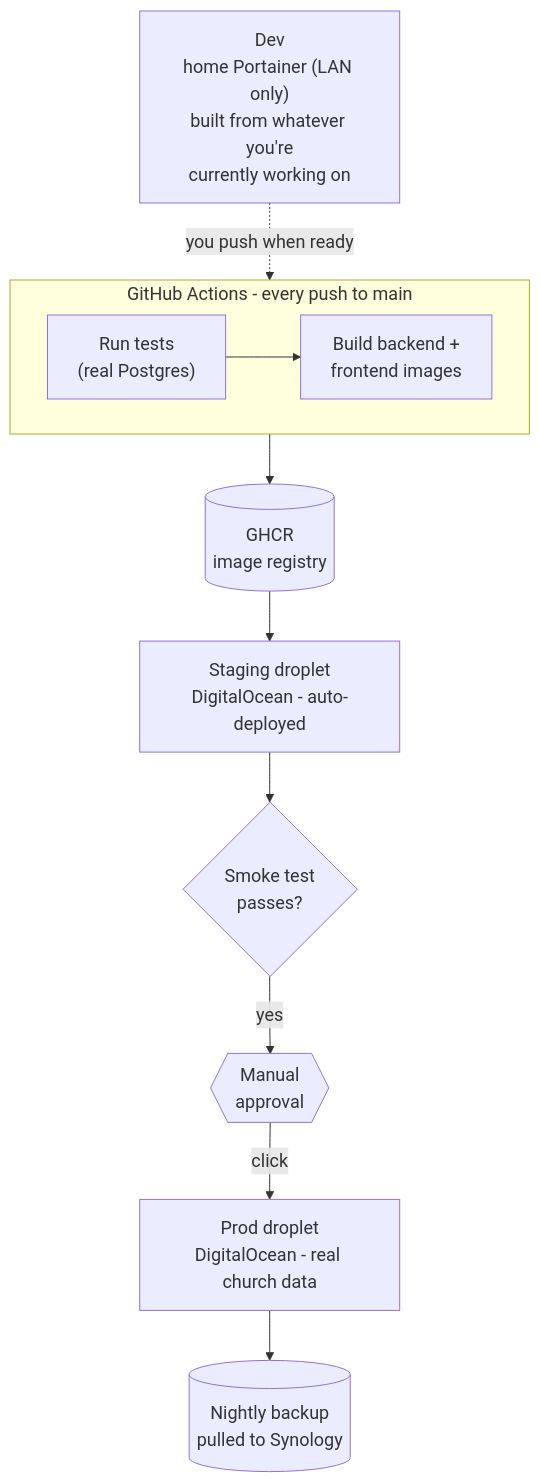
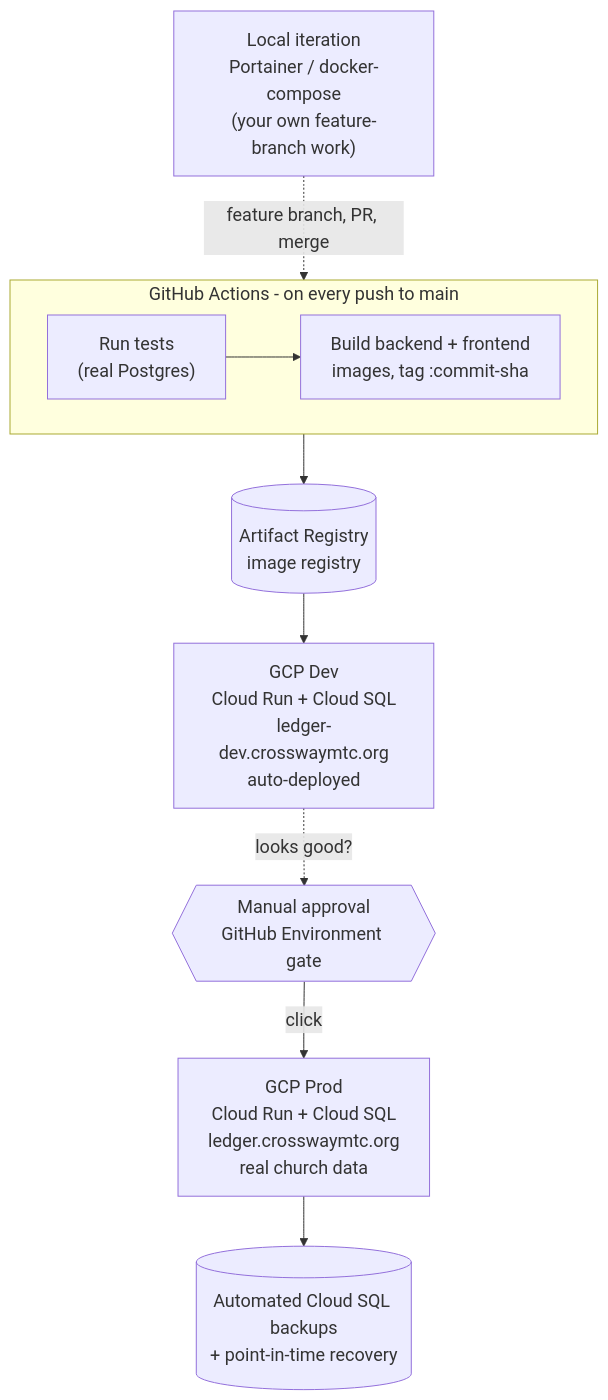
Before and after one commit to treasurer-cwmtc/cross-way-ledger: the seventh of 7 diagrams in docs/ARCHITECTURE.md, drawn with Mermaid. The commit also changed other lines of this file and 13 other files, not shown here.

First line of the commit message:
Overhaul documentation: user runbooks, GCP deployment guide, current architecture

````diff
--- a/docs/ARCHITECTURE.md
+++ b/docs/ARCHITECTURE.md
@@ -264,25 +335,23 @@
 ```mermaid
 %%{init: {"themeVariables": {"fontSize": "18px"}}}%%
 flowchart TB
-    Dev["Dev\nhome Portainer (LAN only)\nbuilt from whatever you're\ncurrently working on"]
+    Local["Local iteration\nPortainer / docker-compose\n(your own feature-branch work)"]
 
-    subgraph CI["GitHub Actions - every push to main"]
+    subgraph CI["GitHub Actions - on every push to main"]
         direction LR
-        Test["Run tests\n(real Postgres)"] --> Build["Build backend +\nfrontend images"]
+        Test["Run tests\n(real Postgres)"] --> Build["Build backend + frontend\nimages, tag :commit-sha"]
     end
 
-    GHCR[("GHCR\nimage registry")]
-    Staging["Staging droplet\nDigitalOcean - auto-deployed"]
-    Smoke{"Smoke test\npasses?"}
-    Approve{{"Manual\napproval"}}
-    Prod["Prod droplet\nDigitalOcean - real church data"]
-    Backup[("Nightly backup\npulled to Synology")]
+    AR[("Artifact Registry\nimage registry")]
+    DevEnv["GCP Dev\nCloud Run + Cloud SQL\nledger-dev.crosswaymtc.org\nauto-deployed"]
+    Approve{{"Manual approval\nGitHub Environment gate"}}
+    ProdEnv["GCP Prod\nCloud Run + Cloud SQL\nledger.crosswaymtc.org\nreal church data"]
+    Backup[("Automated Cloud SQL backups\n+ point-in-time recovery")]
 
-    Dev -.->|"you push when ready"| CI
-    Build --> GHCR
-    GHCR --> Staging
-    Staging --> Smoke
-    Smoke -->|yes| Approve
-    Approve -->|click| Prod
-    Prod --> Backup
+    Local -.->|"feature branch, PR, merge"| CI
+    Build --> AR
+    AR --> DevEnv
+    DevEnv -.->|"looks good?"| Approve
+    Approve -->|click| ProdEnv
+    ProdEnv --> Backup
 ```
````
